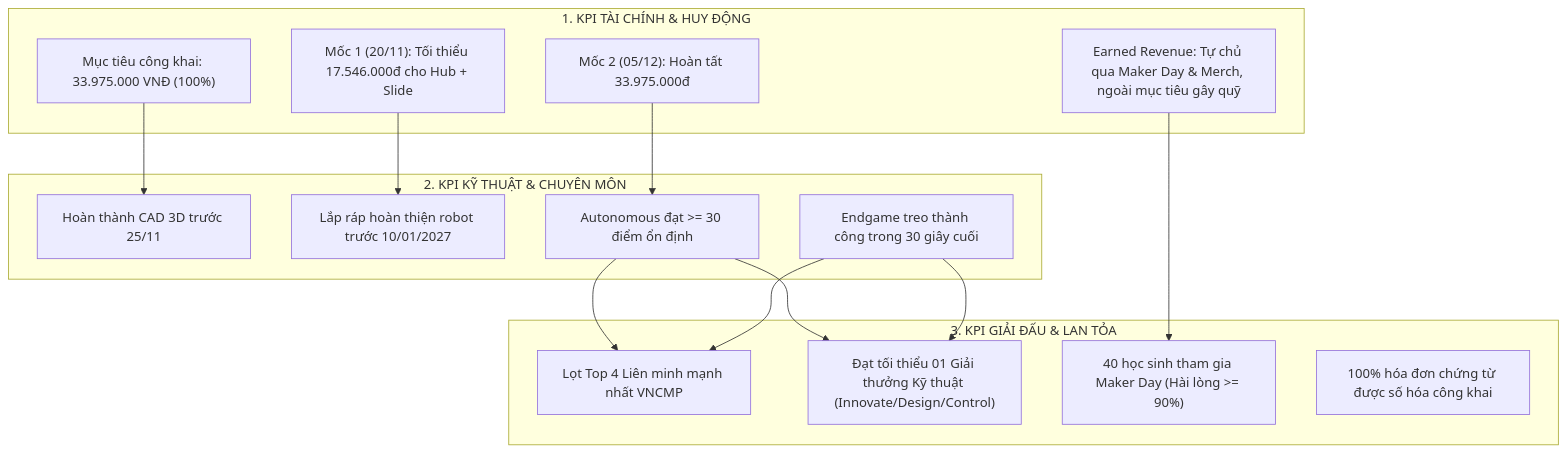
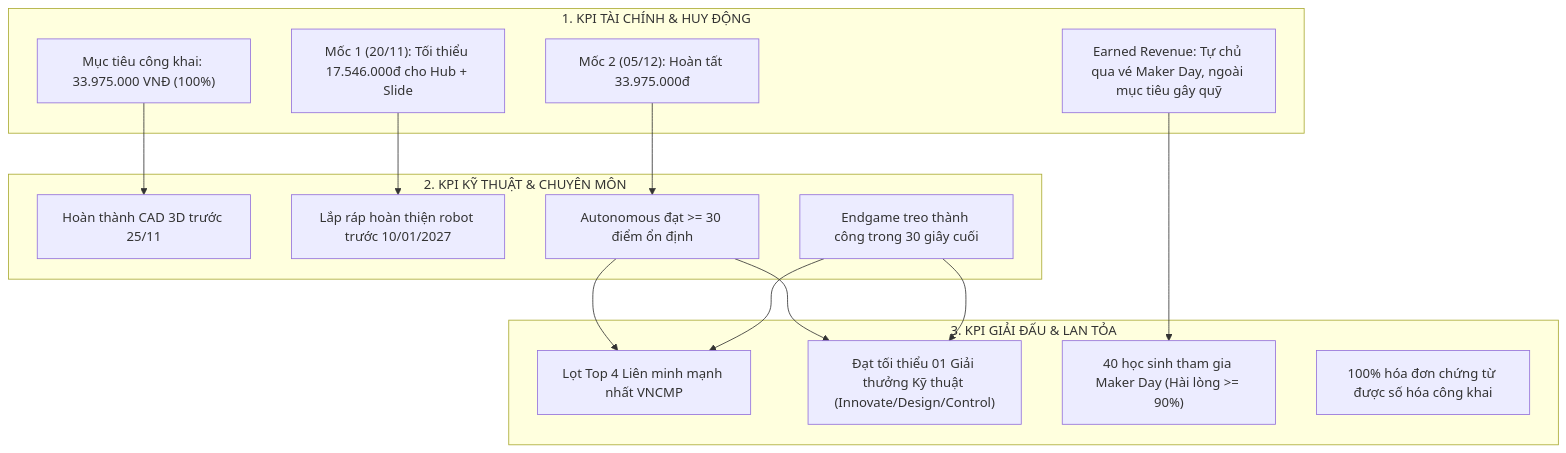
The third of 5 diagrams in docs/campaign-2026-2027/13-lo-trinh-phan-cong-kpi-rui-ro.md (Minhmice/roboticssocson), drawn with Mermaid before and after one commit. The commit also changed other lines of this file and 304 other files, not shown here.

````diff
--- a/docs/campaign-2026-2027/13-lo-trinh-phan-cong-kpi-rui-ro.md
+++ b/docs/campaign-2026-2027/13-lo-trinh-phan-cong-kpi-rui-ro.md
@@ -110,26 +110,26 @@
 ```mermaid
 flowchart TD
     subgraph KPI_TÀI_CHÍNH["1. KPI TÀI CHÍNH & HUY ĐỘNG"]
         K1["Mục tiêu công khai: 33.975.000 VNĐ (100%)"]
         K2["Mốc 1 (20/11): Tối thiểu 17.546.000đ cho Hub + Slide"]
         K3["Mốc 2 (05/12): Hoàn tất 33.975.000đ"]
-        K4["Earned Revenue: Tự chủ qua Maker Day & Merch, ngoài mục tiêu gây quỹ"]
+        K4["Earned Revenue: Tự chủ qua vé Maker Day, ngoài mục tiêu gây quỹ"]
     end
     subgraph KPI_KỸ_THUẬT["2. KPI KỸ THUẬT & CHUYÊN MÔN"]
         K5["Hoàn thành CAD 3D trước 25/11"]
         K6["Lắp ráp hoàn thiện robot trước 10/01/2027"]
         K7["Autonomous đạt >= 30 điểm ổn định"]
         K8["Endgame treo thành công trong 30 giây cuối"]
     end
     subgraph KPI_THI_ĐẤU["3. KPI GIẢI ĐẤU & LAN TỎA"]
         K9["Lọt Top 4 Liên minh mạnh nhất VNCMP"]
         K10["Đạt tối thiểu 01 Giải thưởng Kỹ thuật (Innovate/Design/Control)"]
         K11["40 học sinh tham gia Maker Day (Hài lòng >= 90%)"]
         K12["100% hóa đơn chứng từ được số hóa công khai"]
     end
     K1 --> K5
     K2 --> K6
     K3 --> K7
     K4 --> K11
     K7 & K8 --> K9 & K10
 ```
````
